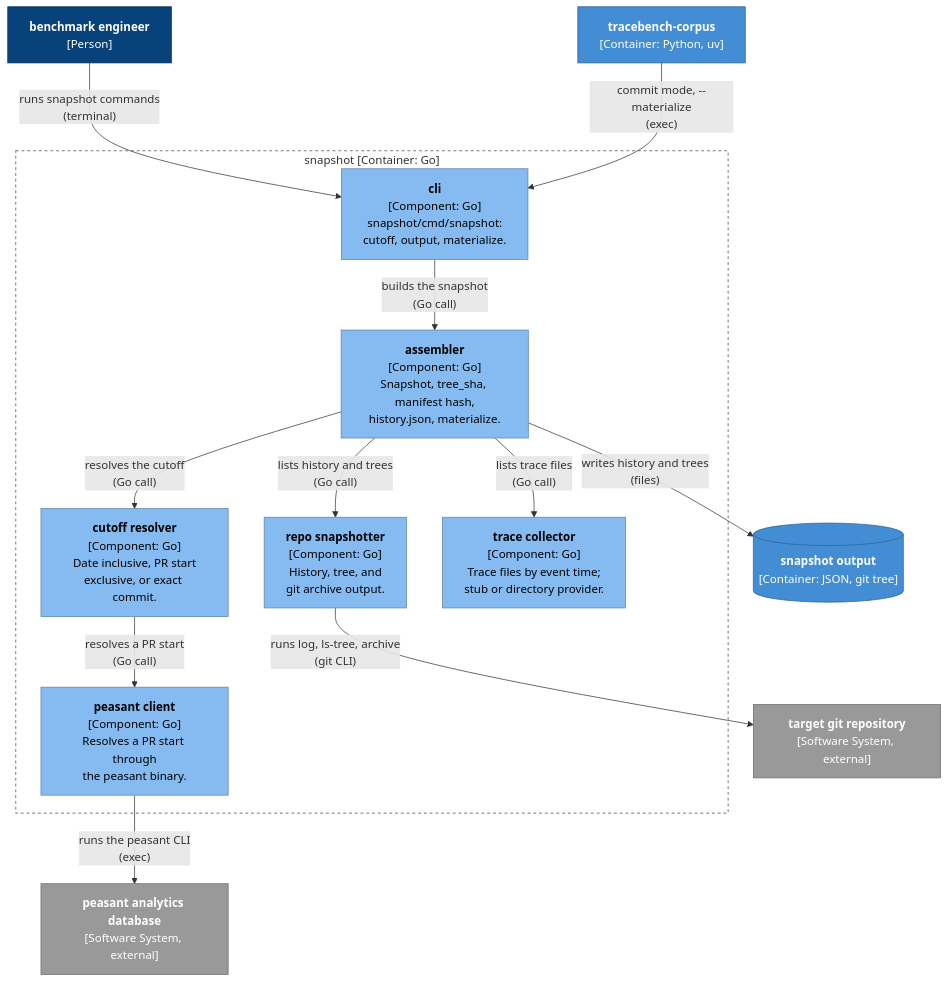
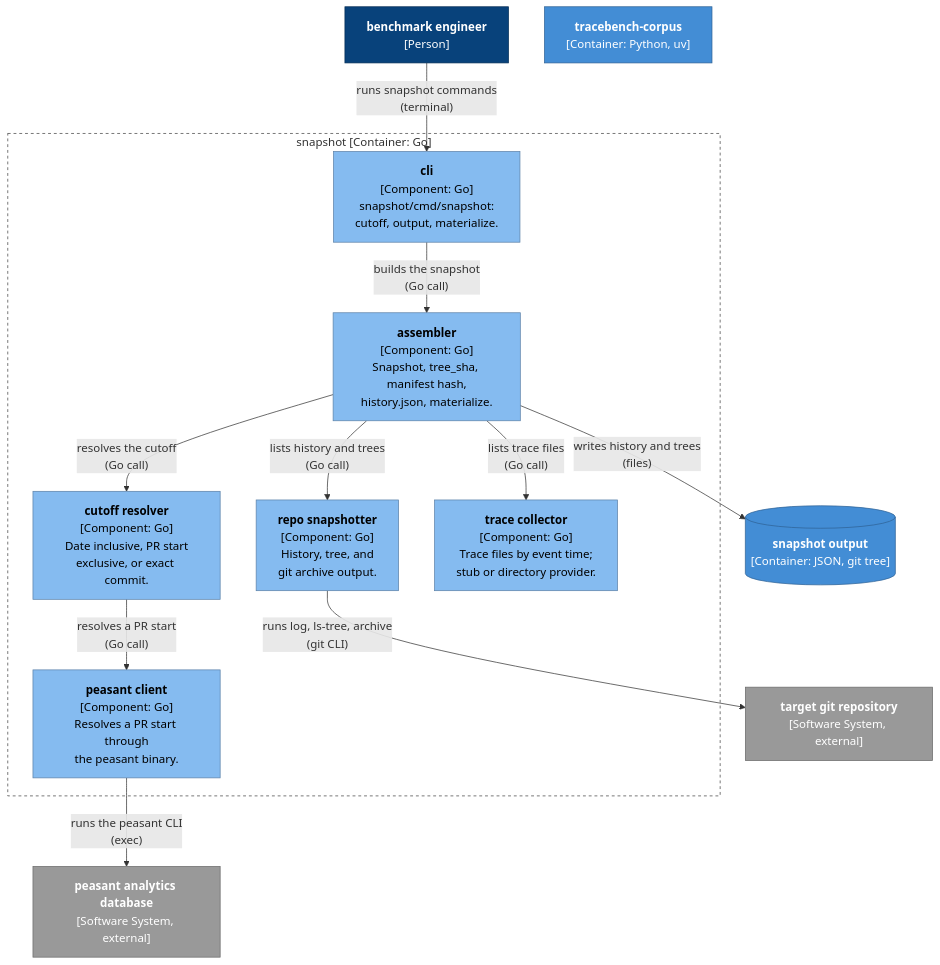
The fifth of 15 diagrams in docs/architecture.md (dayvidpham/TraceBench), drawn with Mermaid before and after one commit. The commit also changed other lines of this file and 14 other files, not shown here.

````diff
--- a/docs/architecture.md
+++ b/docs/architecture.md
@@ -478,38 +474,37 @@
 ```mermaid
 flowchart TB
   dev["<b>benchmark engineer</b><br/>[Person]"]:::person
 
   subgraph snapsys["snapshot [Container: Go]"]
     scli["<b>cli</b><br/>[Component: Go]<br/>snapshot/cmd/snapshot:<br/>cutoff, output, materialize."]:::component
     cut["<b>cutoff resolver</b><br/>[Component: Go]<br/>Date inclusive, PR start<br/>exclusive, or exact commit."]:::component
     pc["<b>peasant client</b><br/>[Component: Go]<br/>Resolves a PR start through<br/>the peasant binary."]:::component
     repo["<b>repo snapshotter</b><br/>[Component: Go]<br/>History, tree, and<br/>git archive output."]:::component
     trc["<b>trace collector</b><br/>[Component: Go]<br/>Trace files by event time;<br/>stub or directory provider."]:::component
     api["<b>assembler</b><br/>[Component: Go]<br/>Snapshot, tree_sha, manifest hash,<br/>history.json, materialize."]:::component
   end
 
   loader["<b>tracebench-corpus</b><br/>[Container: Python, uv]"]:::container
 
   db["<b>peasant analytics database</b><br/>[Software System, external]"]:::external
   git["<b>target git repository</b><br/>[Software System, external]"]:::external
   snapout[("<b>snapshot output</b><br/>[Container: JSON, git tree]")]:::container
 
   dev -->|"runs snapshot commands<br/>(terminal)"| scli
-  loader -->|"commit mode, --materialize<br/>(exec)"| scli
   scli -->|"builds the snapshot<br/>(Go call)"| api
   api -->|"resolves the cutoff<br/>(Go call)"| cut
   api -->|"lists history and trees<br/>(Go call)"| repo
   api -->|"lists trace files<br/>(Go call)"| trc
   cut -->|"resolves a PR start<br/>(Go call)"| pc
   pc -->|"runs the peasant CLI<br/>(exec)"| db
   repo -->|"runs log, ls-tree, archive<br/>(git CLI)"| git
   api -->|"writes history and trees<br/>(files)"| snapout
 
   style snapsys fill:none,stroke:#444,stroke-dasharray:4 4
 
   classDef person fill:#08427b,stroke:#052e56,color:#fff
   classDef system fill:#1168bd,stroke:#0b4884,color:#fff
   classDef container fill:#438dd5,stroke:#2e6295,color:#fff
   classDef component fill:#85bbf0,stroke:#5d82a8,color:#000
   classDef external fill:#999999,stroke:#6b6b6b,color:#fff
 ```
````
